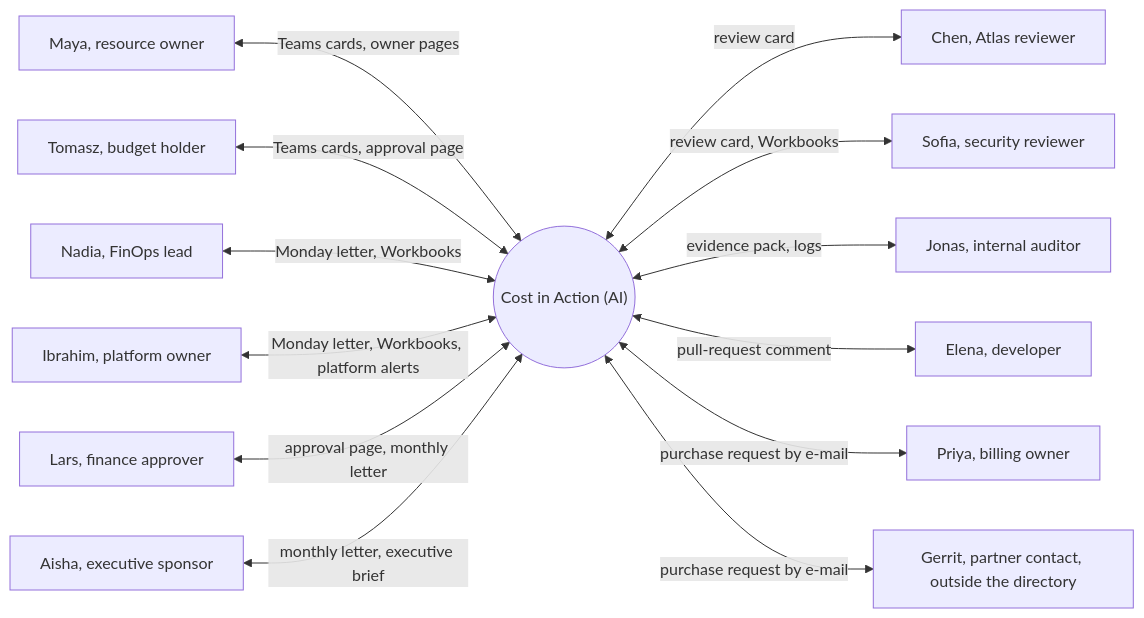
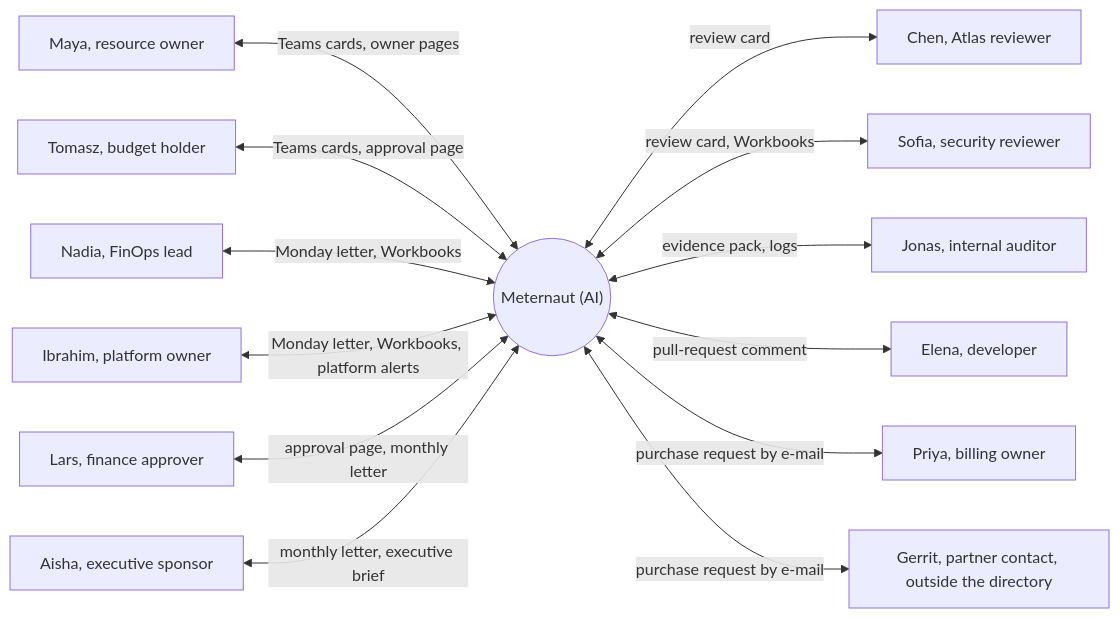
Before and after one commit to tinodo/meternaut: the diagram in docs/experience/01-people.md, drawn with Mermaid. The commit also changed 68 other files, not shown here.

````diff
--- a/docs/experience/01-people.md
+++ b/docs/experience/01-people.md
@@ -121,28 +121,28 @@
 ```mermaid
 flowchart LR
-    hub(("Cost in Action (AI)"))
+    hub(("Meternaut (AI)"))
     maya["Maya, resource owner"]
     tomasz["Tomasz, budget holder"]
     nadia["Nadia, FinOps lead"]
     ibrahim["Ibrahim, platform owner"]
     lars["Lars, finance approver"]
     aisha["Aisha, executive sponsor"]
     chen["Chen, Atlas reviewer"]
     sofia["Sofia, security reviewer"]
     jonas["Jonas, internal auditor"]
     elena["Elena, developer"]
     priya["Priya, billing owner"]
     gerrit["Gerrit, partner contact, outside the directory"]
     maya <-->|"Teams cards, owner pages"| hub
     tomasz <-->|"Teams cards, approval page"| hub
     nadia <-->|"Monday letter, Workbooks"| hub
     ibrahim <-->|"Monday letter, Workbooks, platform alerts"| hub
     lars <-->|"approval page, monthly letter"| hub
     aisha <-->|"monthly letter, executive brief"| hub
     hub <-->|"review card"| chen
     hub <-->|"review card, Workbooks"| sofia
     hub <-->|"evidence pack, logs"| jonas
     hub <-->|"pull-request comment"| elena
     hub <-->|"purchase request by e-mail"| priya
     hub <-->|"purchase request by e-mail"| gerrit
 ```
````
